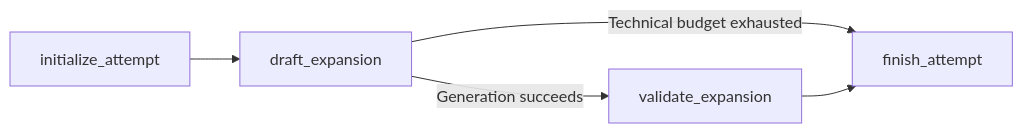
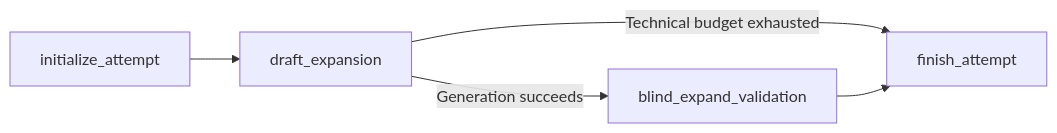
Before and after one commit to ChenYizhu97/PairData: the third of 4 diagrams in docs/workflows.en.md, drawn with Mermaid. The commit also changed other lines of this file and 26 other files, not shown here.

Commit message:
Refactor expansion with blind validation and fixed PIU targets

````diff
--- a/docs/workflows.en.md
+++ b/docs/workflows.en.md
@@ -70,7 +71,7 @@
 ```mermaid
 flowchart LR
     A[initialize_attempt] --> B[draft_expansion]
-    B -->|Generation succeeds| C[validate_expansion]
+    B -->|Generation succeeds| C[blind_expand_validation]
     B -->|Technical budget exhausted| D[finish_attempt]
     C --> D
 ```
````
